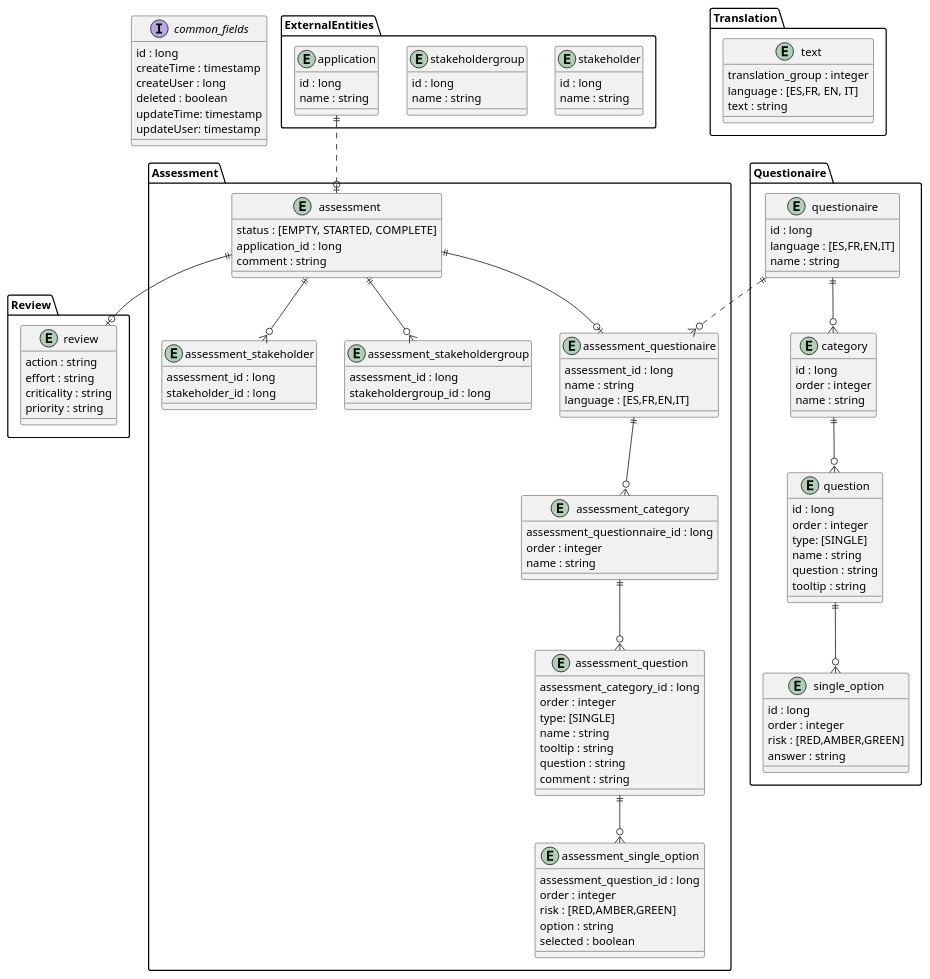
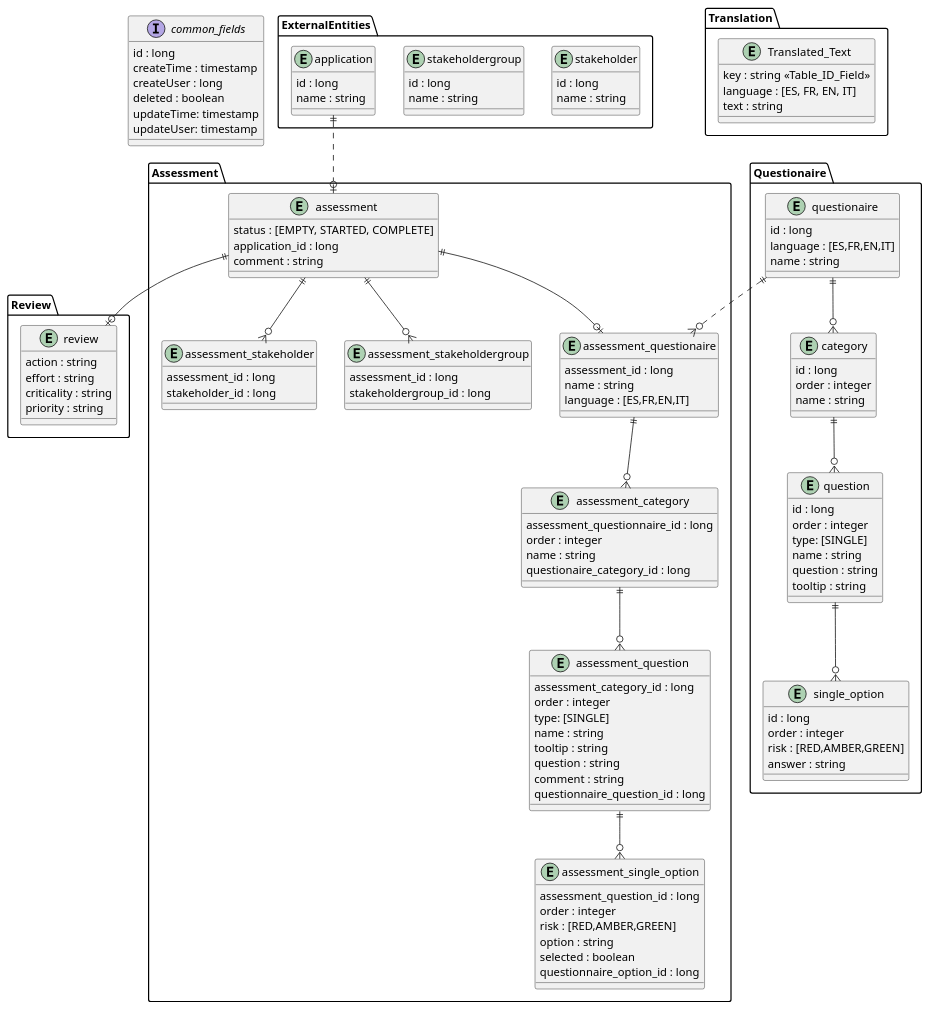
The diagram in doc/diagrams/src/classes.model.plantuml (konveyor/tackle-pathfinder), drawn with PlantUML before and after one commit. The commit also changed 22 other files, not shown here.

```diff
--- a/doc/diagrams/src/classes.model.plantuml
+++ b/doc/diagrams/src/classes.model.plantuml
@@ -1,131 +1,134 @@
 @startuml "Model"
 
 interface common_fields {
     id : long
     createTime : timestamp
     createUser : long
     deleted : boolean
     updateTime: timestamp
     updateUser: timestamp
 }
 
 package ExternalEntities {
     entity stakeholder {
         id : long
         name : string
     }    
     entity stakeholdergroup {
         id : long
         name : string
     }
     entity application {
         id : long
         name : string
     }
 }
 
 package Assessment {
     entity assessment {
         status : [EMPTY, STARTED, COMPLETE]
         application_id : long
         comment : string
     }
     entity assessment_questionaire {
         assessment_id : long
         name : string
         language : [ES,FR,EN,IT]
     }
     entity assessment_category {
         assessment_questionnaire_id : long
         order : integer
         name : string
+        questionaire_category_id : long
     }
     entity assessment_question {
         assessment_category_id : long
         order : integer
         type: [SINGLE]
         name : string
         tooltip : string
         question : string
         comment : string
+        questionnaire_question_id : long
     }
 
     entity assessment_single_option {
         assessment_question_id : long
         order : integer
         risk : [RED,AMBER,GREEN]
         option : string
         selected : boolean
+        questionnaire_option_id : long
     }
 
     entity assessment_stakeholder {
         assessment_id : long
         stakeholder_id : long
     }    
     
     entity assessment_stakeholdergroup {
         assessment_id : long
         stakeholdergroup_id : long
     }
 
     assessment_questionaire ||--o{ assessment_category
     assessment_category ||--o{ assessment_question
     assessment_question ||--o{ assessment_single_option
     assessment ||--o| assessment_questionaire
 }
 package Review {
     entity review {
         action : string
         effort : string
         criticality : string
         priority : string
     }
 }
 
 package Questionaire {
     entity questionaire {
         id : long
         language : [ES,FR,EN,IT]
         name : string
     }
     entity category {
         id : long
         order : integer
         name : string
     }
     entity question {
         id : long
         order : integer
         type: [SINGLE]
         name : string
         question : string
         tooltip : string
     }
     entity single_option {
         id : long
         order : integer
         risk : [RED,AMBER,GREEN]
         answer : string
     }
     questionaire ||--o{ category
     category ||--o{ question
     question ||--o{ single_option
 }
 
 package Translation {
-    entity text {
-        translation_group : integer
-        language : [ES,FR, EN, IT]
+    entity Translated_Text {
+        key : string <<Table_ID_Field>>
+        language : [ES, FR, EN, IT]
         text : string
     }
 }
 
 assessment ||--o{ assessment_stakeholder
 assessment ||--o{ assessment_stakeholdergroup
 assessment ||--o| review
 
 application ||..o| assessment
 
 questionaire ||..o{ assessment_questionaire
 
 @enduml
```
